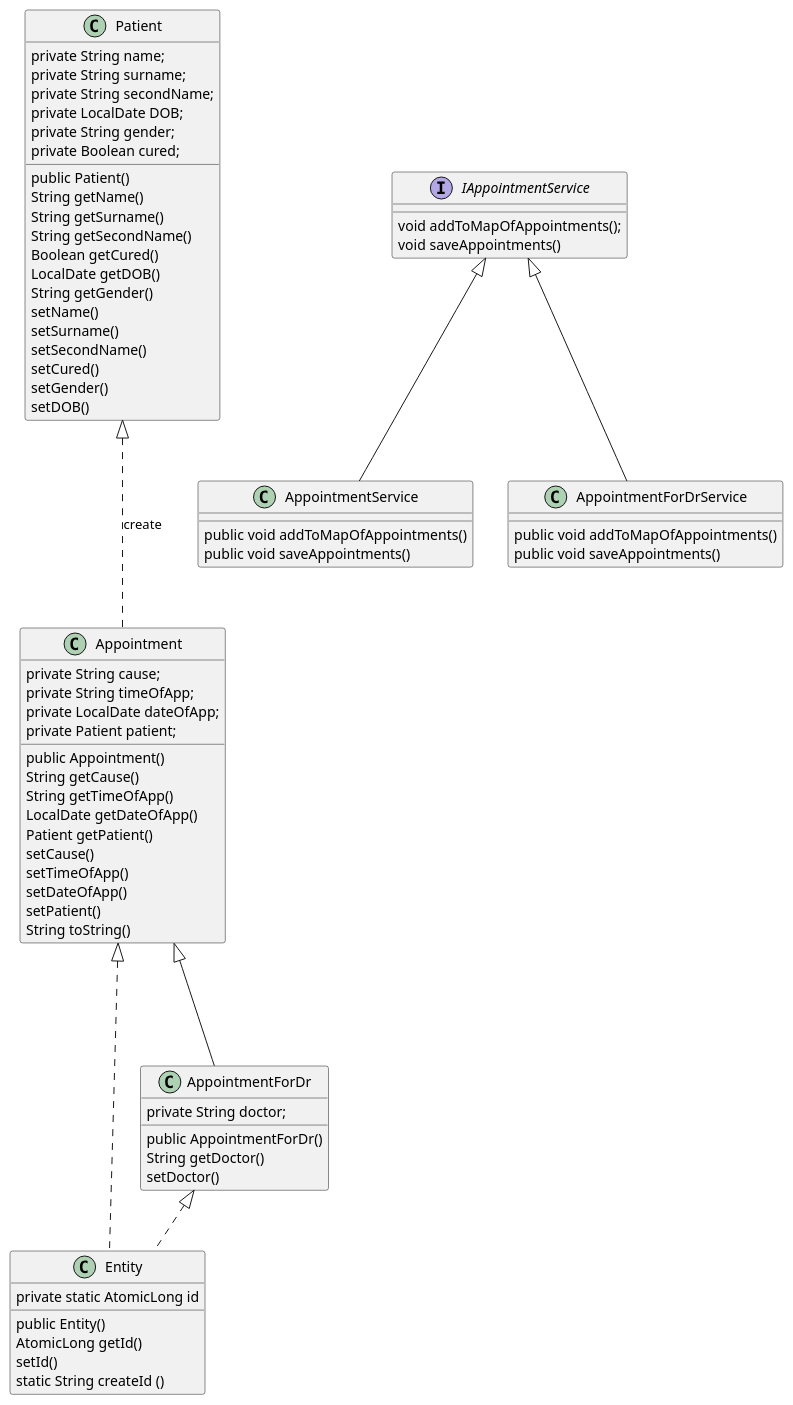
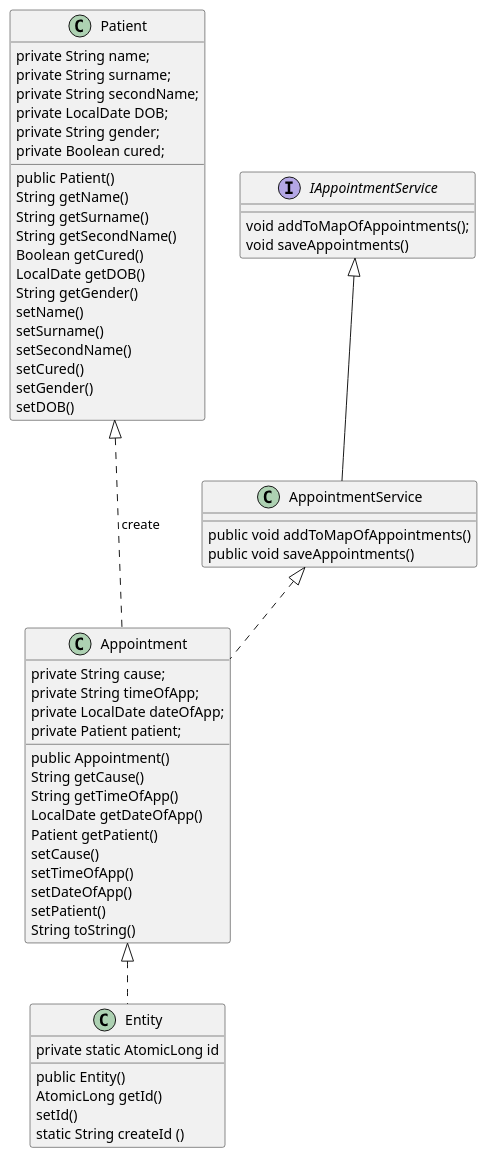
The diagram in UMLDiagram.puml (MariaDeikun/HealthDashboard), drawn with PlantUML before and after one commit. The commit also changed 40 other files, not shown here.

```diff
--- a/UMLDiagram.puml
+++ b/UMLDiagram.puml
@@ -1,79 +1,68 @@
 @startuml
 'https://plantuml.com/class-diagram
 
 class Appointment{
     private String cause;
     private String timeOfApp;
     private LocalDate dateOfApp;
     private Patient patient;
     public Appointment()
     String getCause()
     String getTimeOfApp()
     LocalDate getDateOfApp()
     Patient getPatient()
     setCause()
     setTimeOfApp()
     setDateOfApp()
     setPatient()
     String toString()
 }
 
 class Entity{
     private static AtomicLong id
     public Entity()
     AtomicLong getId()
     setId()
     static String createId ()
 }
-class AppointmentForDr{
-    private String doctor;
-    public AppointmentForDr()
-    String getDoctor()
-    setDoctor()
 
-}
 class Patient{
     private String name;
     private String surname;
     private String secondName;
     private LocalDate DOB;
     private String gender;
     private Boolean cured;
     public Patient()
     String getName()
     String getSurname()
     String getSecondName()
     Boolean getCured()
     LocalDate getDOB()
     String getGender()
     setName()
     setSurname()
     setSecondName()
     setCured()
     setGender()
     setDOB()
 }
 
 class AppointmentService{
     public void addToMapOfAppointments()
     public void saveAppointments()
 }
-class AppointmentForDrService{
-     public void addToMapOfAppointments()
-     public void saveAppointments()
-}
+
 
 interface IAppointmentService{
 void addToMapOfAppointments();
 void saveAppointments()
 }
 Patient<|...Appointment:create
+AppointmentService<|..Appointment
 IAppointmentService<|--AppointmentService
-IAppointmentService<|--AppointmentForDrService
-Appointment<|---AppointmentForDr
 Appointment<|..Entity
-AppointmentForDr<|..Entity
 
 
 
 @enduml
```
